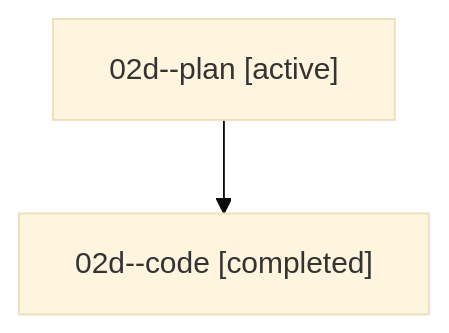
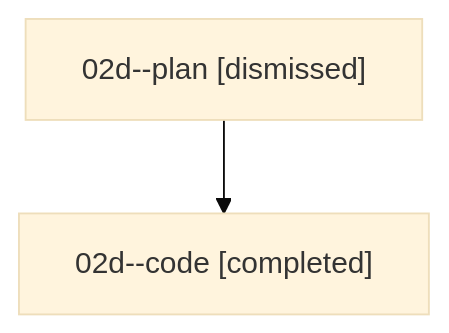
The diagram in sessions/bbugyi200.athena.02d.md (sase-org/sase--agents), drawn with Mermaid (base theme) before and after one commit. The commit also changed other lines of this file and 19 other files, not shown here.

````diff
--- a/sessions/bbugyi200.athena.02d.md
+++ b/sessions/bbugyi200.athena.02d.md
@@ -9,6 +9,6 @@
 ```mermaid
 flowchart TD
-  n0["02d--plan [active]"]
+  n0["02d--plan [dismissed]"]
   n1["02d--code [completed]"]
   n0 --> n1
 ```
````
